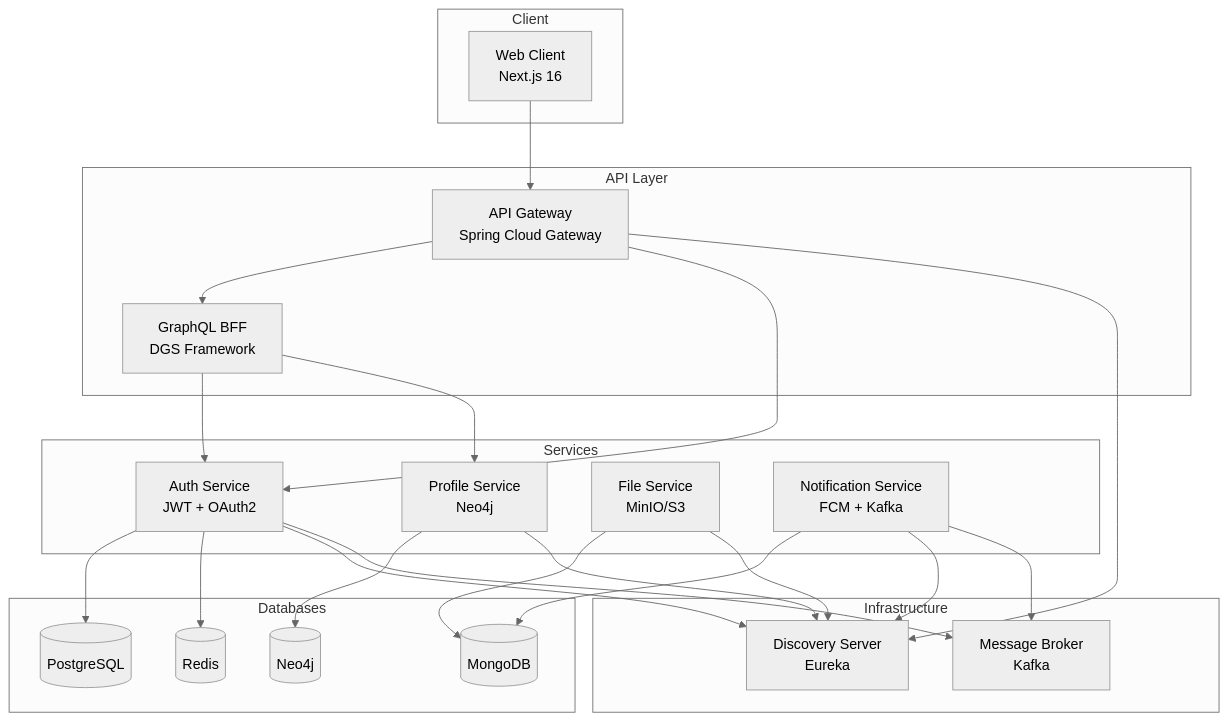
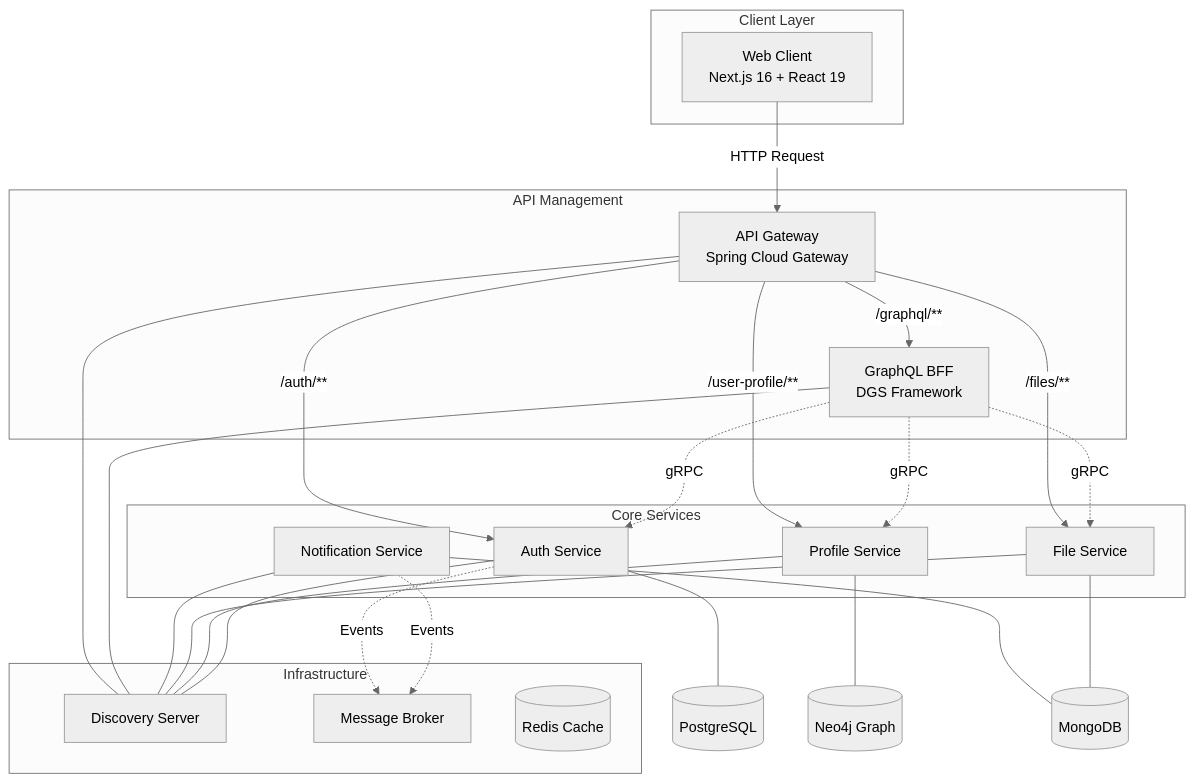
Before and after one commit to canhtv05/MS: the second of 2 diagrams in docs/README.md, drawn with Mermaid (neutral theme). The commit also changed other lines of this file and 3 other files, not shown here.

````diff
--- a/docs/README.md
+++ b/docs/README.md
@@ -59,51 +69,43 @@
 ```mermaid
 graph TB
-    subgraph Client
-        WEB[Web Client<br/>Next.js 16]
+    subgraph Client_Layer [Client Layer]
+        WEB[Web Client<br/>Next.js 16 + React 19]
     end
 
-    subgraph API Layer
+    subgraph API_Management [API Management]
         GW[API Gateway<br/>Spring Cloud Gateway]
         GQL[GraphQL BFF<br/>DGS Framework]
     end
 
-    subgraph Services
-        AUTH[Auth Service<br/>JWT + OAuth2]
-        PROFILE[Profile Service<br/>Neo4j]
-        FILE[File Service<br/>MinIO/S3]
-        NOTI[Notification Service<br/>FCM + Kafka]
+    subgraph Business_Services [Core Services]
+        AUTH[Auth Service]
+        PROFILE[Profile Service]
+        FILE[File Service]
+        NOTI[Notification Service]
     end
 
     subgraph Infrastructure
-        EUREKA[Discovery Server<br/>Eureka]
-        KAFKA[Message Broker<br/>Kafka]
+        EUREKA[Discovery Server]
+        KAFKA[Message Broker]
+        REDIS[(Redis Cache)]
     end
 
-    subgraph Databases
-        PG[(PostgreSQL)]
-        REDIS[(Redis)]
-        MONGO[(MongoDB)]
-        NEO4J[(Neo4j)]
-    end
+    WEB -->|HTTP Request| GW
 
-    WEB --> GW
-    GW --> GQL
-    GW --> AUTH
-    GQL --> AUTH
-    GQL --> PROFILE
+    %% Path 1: GraphQL
+    GW -->|/graphql/**| GQL
+    GQL -.->|gRPC| AUTH & PROFILE & FILE
 
-    AUTH --> PG
-    AUTH --> REDIS
-    PROFILE --> NEO4J
-    FILE --> MONGO
-    NOTI --> MONGO
+    %% Path 2: Direct REST
+    GW -->|/auth/**| AUTH
+    GW -->|/files/**| FILE
+    GW -->|/user-profile/**| PROFILE
 
-    AUTH --> EUREKA
-    PROFILE --> EUREKA
-    FILE --> EUREKA
-    NOTI --> EUREKA
-    GW --> EUREKA
+    %% Storage
+    AUTH --- PG[(PostgreSQL)]
+    PROFILE --- NEO4J[(Neo4j Graph)]
+    FILE & NOTI --- MONGO[(MongoDB)]
 
-    NOTI --> KAFKA
-    AUTH --> KAFKA
+    AUTH & PROFILE & FILE & NOTI & GQL & GW --- EUREKA
+    NOTI & AUTH -.->|Events| KAFKA
 ```
````
